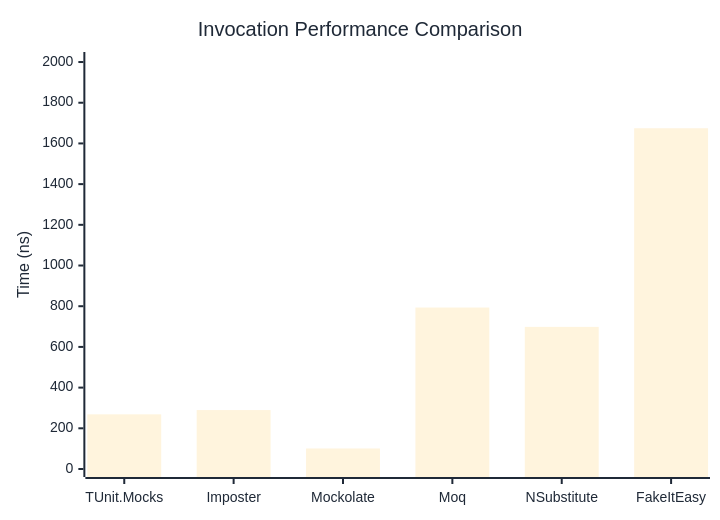
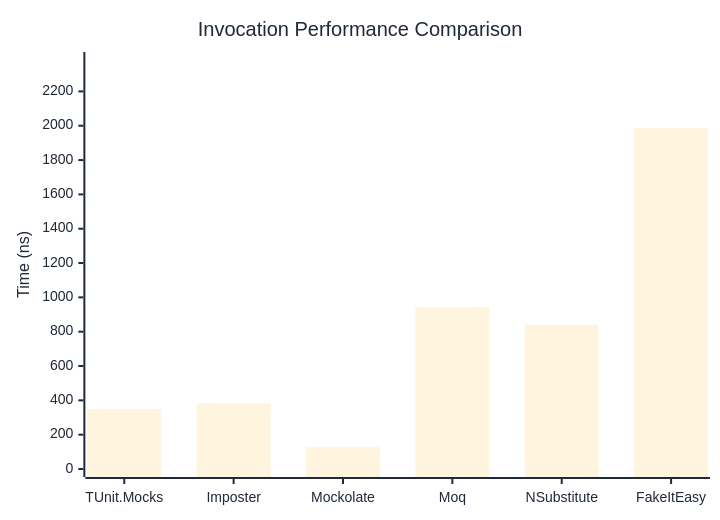
The first of 3 diagrams in docs/docs/benchmarks/mocks/Invocation.md (thomhurst/TUnit), drawn with Mermaid before and after one commit. The commit also changed other lines of this file and 14 other files, not shown here.

````diff
--- a/docs/docs/benchmarks/mocks/Invocation.md
+++ b/docs/docs/benchmarks/mocks/Invocation.md
@@ -30,27 +30,27 @@
 ```mermaid
 %%{init: {
   'theme':'base',
   'themeVariables': {
     'primaryColor': '#2563eb',
     'primaryTextColor': '#1f2937',
     'primaryBorderColor': '#1e40af',
     'lineColor': '#6b7280',
     'secondaryColor': '#7c3aed',
     'tertiaryColor': '#dc2626',
     'background': '#ffffff',
     'pie1': '#2563eb',
     'pie2': '#7c3aed',
     'pie3': '#dc2626',
     'pie4': '#f59e0b',
     'pie5': '#10b981',
     'pie6': '#06b6d4',
     'pie7': '#ec4899',
     'pie8': '#6366f1'
   }
 }}%%
 xychart-beta
   title "Invocation Performance Comparison"
   x-axis ["TUnit.Mocks", "Imposter", "Mockolate", "Moq", "NSubstitute", "FakeItEasy"]
-  y-axis "Time (ns)" 0 --> 2010
-  bar [268.63, 289.53, 100.83, 793.58, 698.44, 1674.65]
+  y-axis "Time (ns)" 0 --> 2383
+  bar [348, 382.4, 127.6, 942.9, 840.7, 1985.5]
 ```
````
